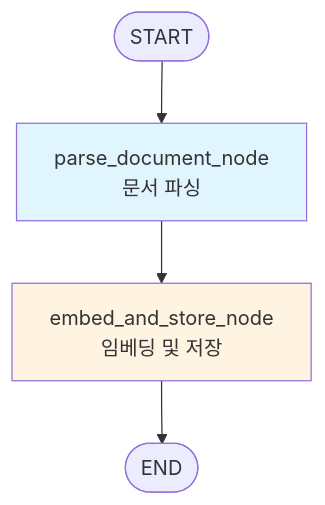
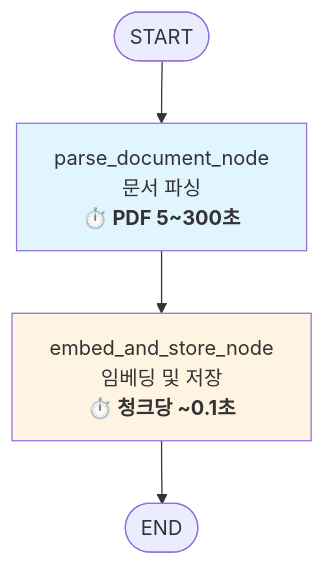
Before and after one commit to dkqpeo/obsidian: the first of 18 diagrams in QA_WORKFLOW.md, drawn with Mermaid. The commit also changed other lines of this file and 1 other file, not shown here.

Commit message:
다이어그램 추가.

````diff
--- a/QA_WORKFLOW.md
+++ b/QA_WORKFLOW.md
@@ -9,9 +9,9 @@
 ```mermaid
 graph TD
-    Start([START]) --> Parse[parse_document_node<br/>문서 파싱]
-    Parse --> EmbedStore[embed_and_store_node<br/>임베딩 및 저장]
+    Start([START]) --> Parse[parse_document_node<br/>문서 파싱<br/><b>⏱️ PDF 5~300초</b>]
+    Parse --> EmbedStore[embed_and_store_node<br/>임베딩 및 저장<br/><b>⏱️ 청크당 ~0.1초</b>]
     EmbedStore --> End([END])
 
     style Parse fill:#e1f5ff
     style EmbedStore fill:#fff4e1
 ```
````
